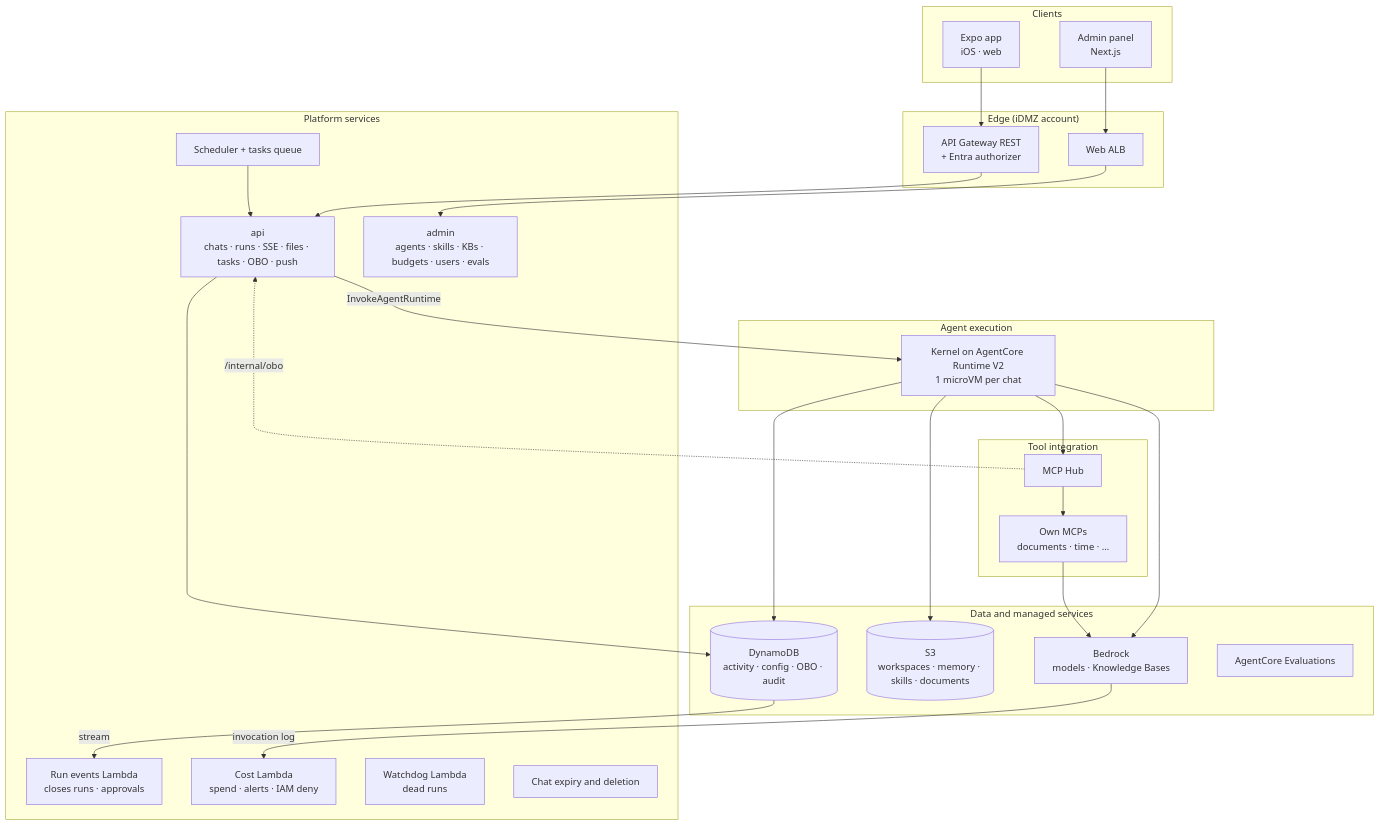
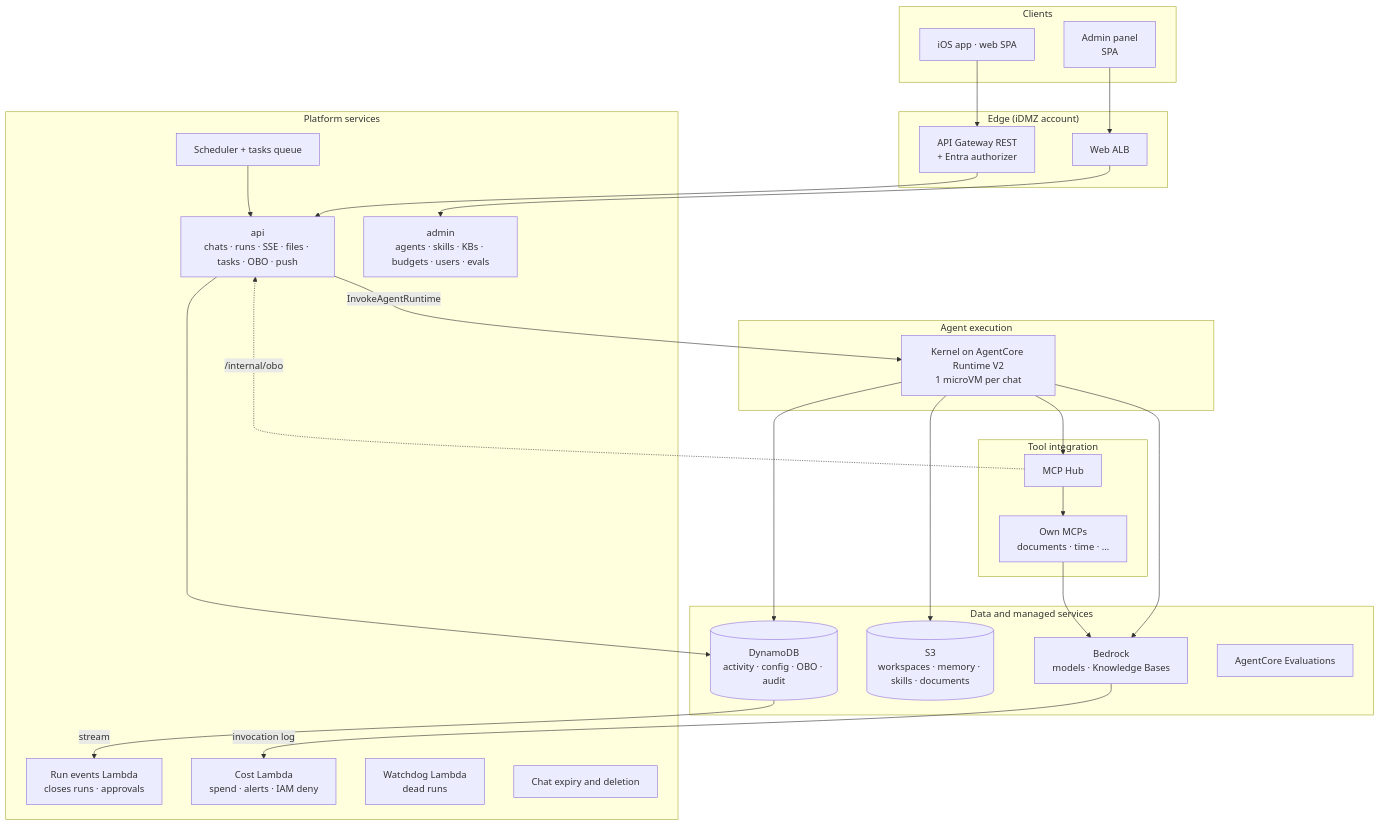
Before and after one commit to ikermendi/sample-agent-platform-with-agentcore: the second of 8 diagrams in docs/hld-arquitectura-agentes.md, drawn with Mermaid. The commit also changed other lines of this file and 12 other files, not shown here.

````diff
--- a/docs/hld-arquitectura-agentes.md
+++ b/docs/hld-arquitectura-agentes.md
@@ -144,52 +145,52 @@
 ```mermaid
 flowchart TB
   subgraph Clients
-    APP["Expo app<br/>iOS · web"]
-    PANEL["Admin panel<br/>Next.js"]
+    APP["iOS app · web SPA"]
+    PANEL["Admin panel<br/>SPA"]
   end
 
   subgraph Edge["Edge (iDMZ account)"]
     GW["API Gateway REST<br/>+ Entra authorizer"]
     ALB["Web ALB"]
   end
 
   subgraph Services["Platform services"]
     API["api<br/>chats · runs · SSE · files · tasks · OBO · push"]
     ADMIN["admin<br/>agents · skills · KBs · budgets · users · evals"]
     EV["Run events Lambda<br/>closes runs · approvals"]
     COST["Cost Lambda<br/>spend · alerts · IAM deny"]
     WD["Watchdog Lambda<br/>dead runs"]
     DEL["Chat expiry and deletion"]
     SCH["Scheduler + tasks queue"]
   end
 
   subgraph Agents["Agent execution"]
     K["Kernel on AgentCore Runtime V2<br/>1 microVM per chat"]
   end
 
   subgraph Integrations["Tool integration"]
     HUB["MCP Hub"]
     MCP["Own MCPs<br/>documents · time · …"]
   end
 
   subgraph Data["Data and managed services"]
     DDB[("DynamoDB<br/>activity · config · OBO · audit")]
     S3[("S3<br/>workspaces · memory · skills · documents")]
     BR["Bedrock<br/>models · Knowledge Bases"]
     EVAL["AgentCore Evaluations"]
   end
 
   APP --> GW --> API
   PANEL --> ALB --> ADMIN
   API -- "InvokeAgentRuntime" --> K
   SCH --> API
   K --> BR
   K --> HUB --> MCP
   HUB -. "/internal/obo" .-> API
   K --> DDB
   K --> S3
   API --> DDB
   DDB -- "stream" --> EV
   BR -- "invocation log" --> COST
   MCP --> BR
 ```
````
